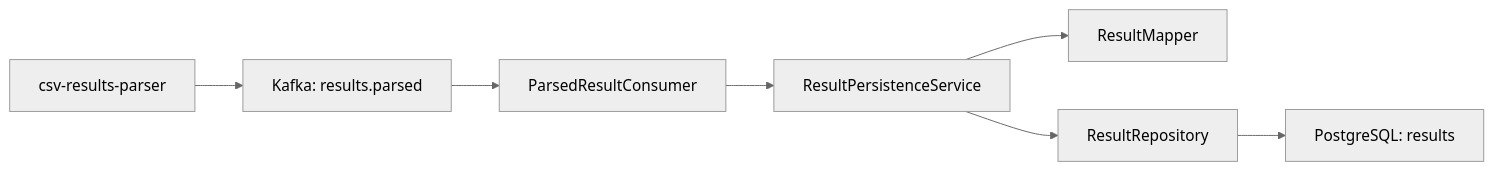
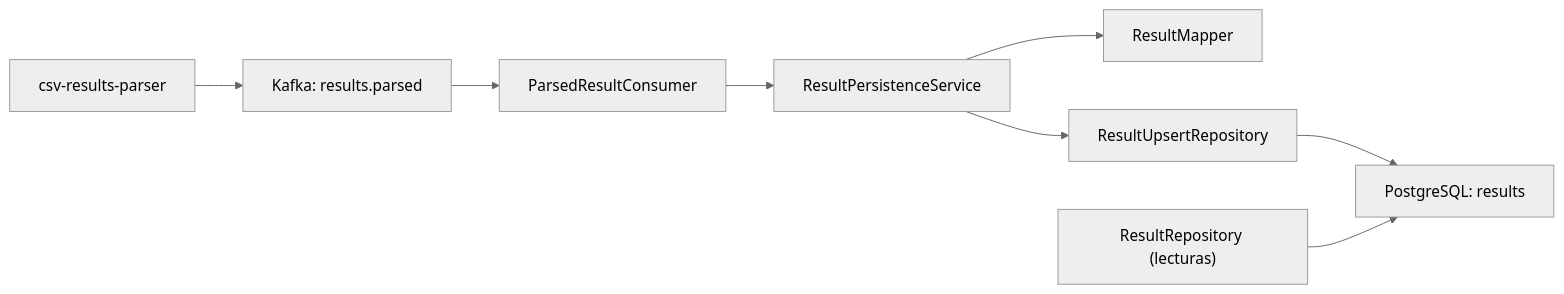
One commit to juanfranciscofernandezherreros/csv-results-persistence changed the first of 2 diagrams in docs/diagrams.md. Above: the diagram before and after it, drawn with Mermaid (neutral theme). The commit also changed other lines of this file, not shown here.

Commit message:
KAN-35 update idempotency diagrams

````diff
--- a/docs/diagrams.md
+++ b/docs/diagrams.md
@@ -5,9 +5,10 @@
 ```mermaid
 flowchart LR
     P["csv-results-parser"] --> K["Kafka: results.parsed"]
     K --> C["ParsedResultConsumer"]
     C --> S["ResultPersistenceService"]
     S --> M["ResultMapper"]
-    S --> R["ResultRepository"]
-    R --> PG["PostgreSQL: results"]
+    S --> U["ResultUpsertRepository"]
+    U --> PG["PostgreSQL: results"]
+    R["ResultRepository (lecturas)"] --> PG
 ```
````
